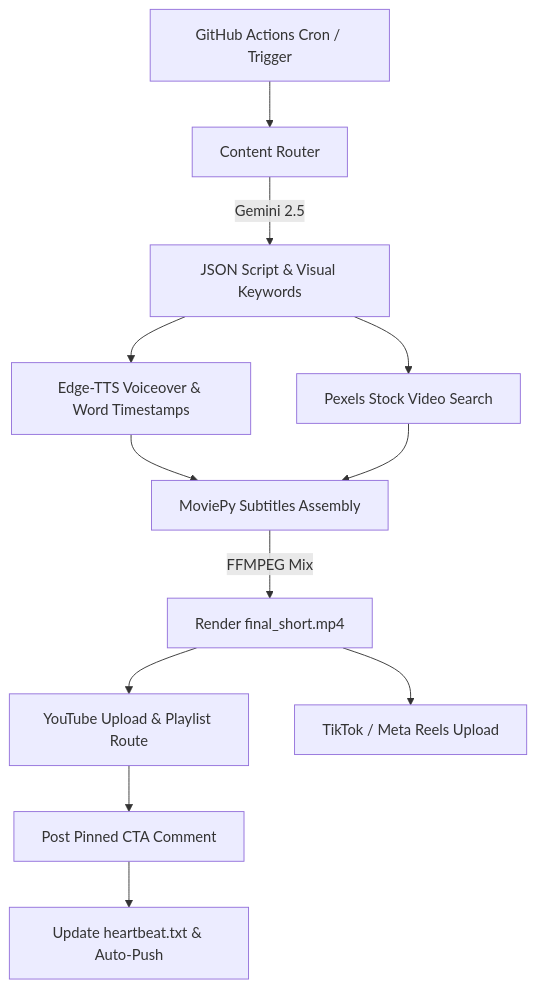
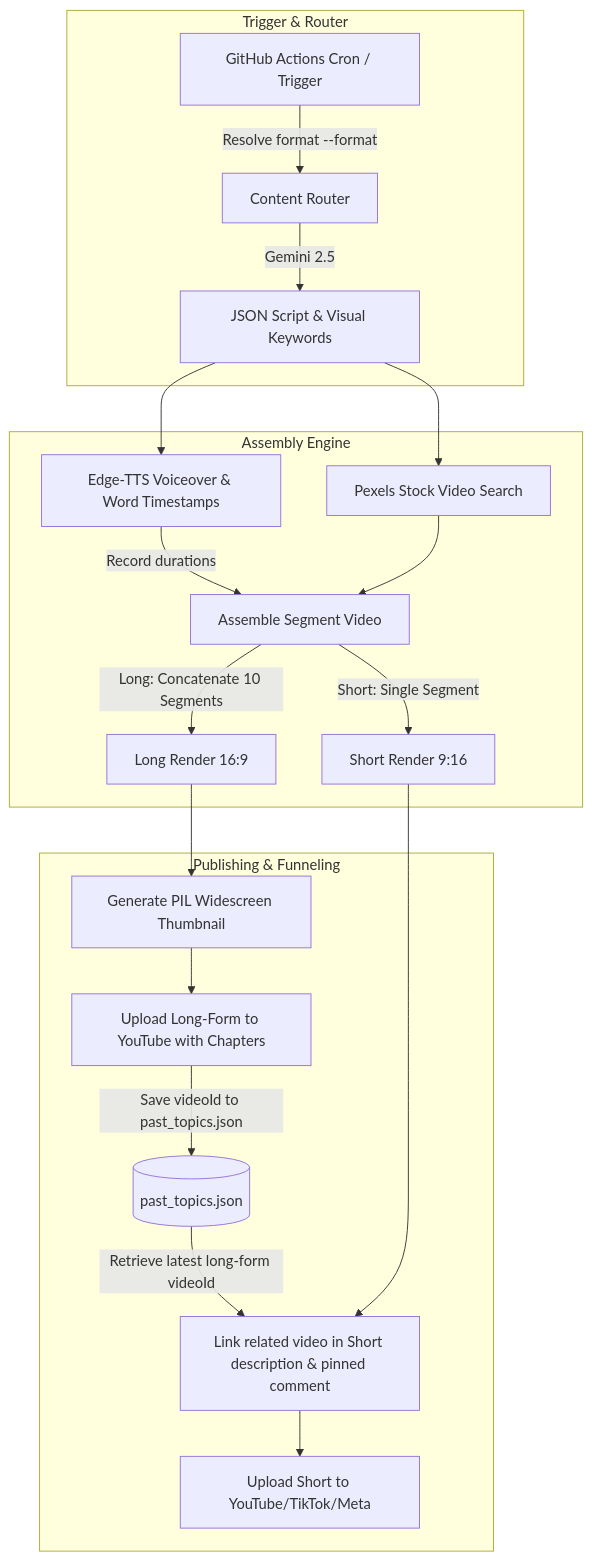
Before and after one commit to thienphucnt/MPVSAP: the diagram in README.md, drawn with Mermaid. The commit also changed other lines of this file, not shown here.

Commit message:
Update README.md to document the hybrid content strategy, Pillow thumbnail engine, dynamic chapters, and separate Actions schedules

````diff
--- a/README.md
+++ b/README.md
@@ -22,14 +25,25 @@
 ```mermaid
 graph TD
-    A[GitHub Actions Cron / Trigger] --> B[Content Router]
-    B -->|Gemini 2.5| C[JSON Script & Visual Keywords]
-    C --> D[Edge-TTS Voiceover & Word Timestamps]
-    C --> E[Pexels Stock Video Search]
-    D --> F[MoviePy Subtitles Assembly]
-    E --> F
-    F -->|FFMPEG Mix| G[Render final_short.mp4]
-    G --> H[YouTube Upload & Playlist Route]
-    G --> I[TikTok / Meta Reels Upload]
-    H --> J[Post Pinned CTA Comment]
-    J --> K[Update heartbeat.txt & Auto-Push]
+    subgraph Trigger & Router
+        A[GitHub Actions Cron / Trigger] -->|Resolve format --format| B[Content Router]
+        B -->|Gemini 2.5| C[JSON Script & Visual Keywords]
+    end
+
+    subgraph Assembly Engine
+        C --> D[Edge-TTS Voiceover & Word Timestamps]
+        C --> E[Pexels Stock Video Search]
+        D -->|Record durations| F[Assemble Segment Video]
+        E --> F
+        F -->|Short: Single Segment| G1[Short Render 9:16]
+        F -->|Long: Concatenate 10 Segments| G2[Long Render 16:9]
+    end
+
+    subgraph Publishing & Funneling
+        G2 --> H2[Generate PIL Widescreen Thumbnail]
+        H2 --> I2[Upload Long-Form to YouTube with Chapters]
+        I2 -->|Save videoId to past_topics.json| DB[(past_topics.json)]
+        DB -->|Retrieve latest long-form videoId| J1[Link related video in Short description & pinned comment]
+        G1 --> J1
+        J1 --> I1[Upload Short to YouTube/TikTok/Meta]
+    end
 ```
````
